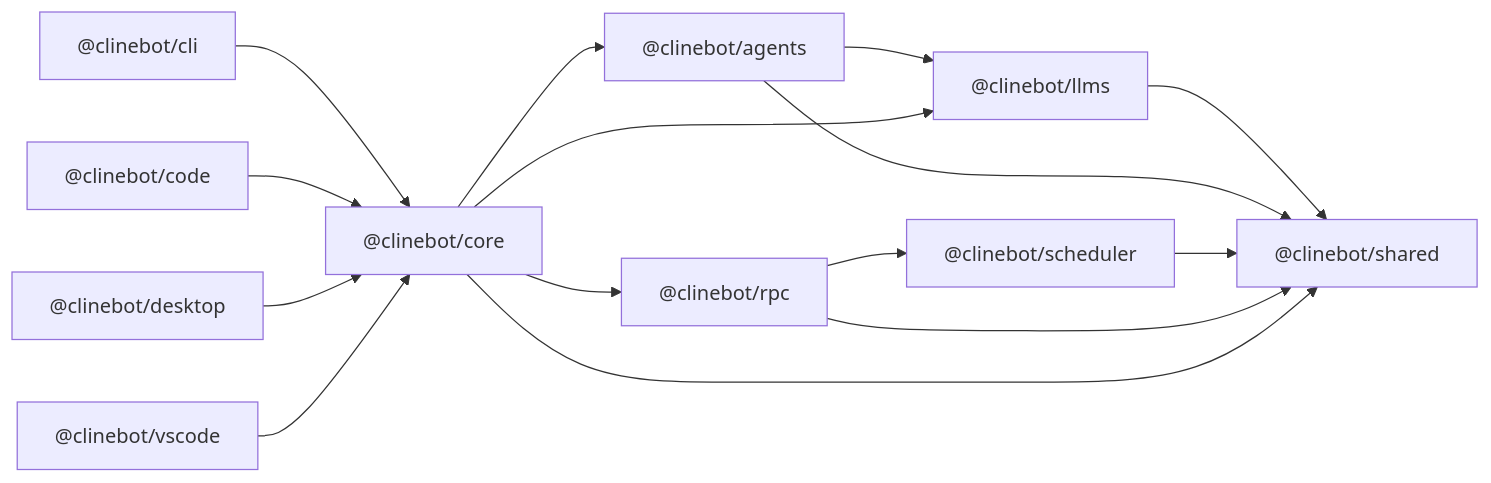
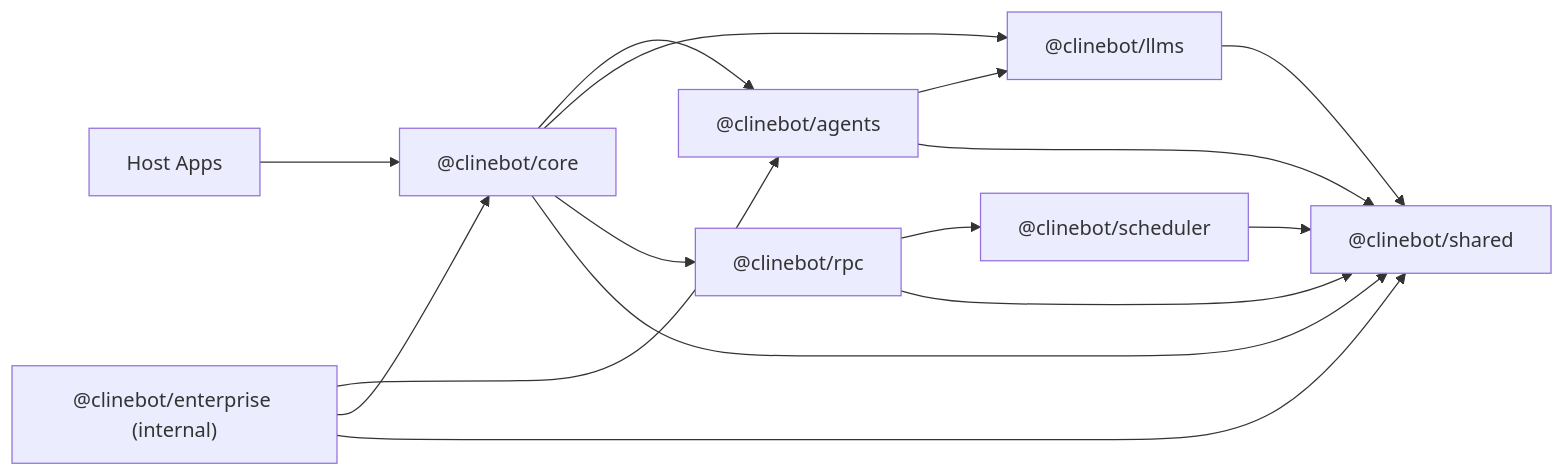
Before and after one commit to Dastan-Prince/cline-cn: the diagram in sdk/ARCHITECTURE.md, drawn with Mermaid. The commit also changed other lines of this file and 99 other files, not shown here.

First line of the commit message:
feat: add @clinebot/enterprise SDK package (#85)

````diff
--- a/sdk/ARCHITECTURE.md
+++ b/sdk/ARCHITECTURE.md
@@ -28,28 +18,26 @@
 ```mermaid
 flowchart LR
   shared["@clinebot/shared"]
   llms["@clinebot/llms"]
   scheduler["@clinebot/scheduler"]
   agents["@clinebot/agents"]
   rpc["@clinebot/rpc"]
   core["@clinebot/core"]
-  cli["@clinebot/cli"]
-  code["@clinebot/code"]
-  desktop["@clinebot/desktop"]
-  vscode["@clinebot/vscode"]
+  enterprise["@clinebot/enterprise (internal)"]
+  apps["Host Apps"]
 
   llms --> shared
+  scheduler --> shared
   agents --> llms
   agents --> shared
-  scheduler --> shared
   rpc --> scheduler
   rpc --> shared
   core --> agents
   core --> llms
   core --> rpc
   core --> shared
-  cli --> core
-  code --> core
-  desktop --> core
-  vscode --> core
+  enterprise --> agents
+  enterprise --> core
+  enterprise --> shared
+  apps --> core
 ```
````
